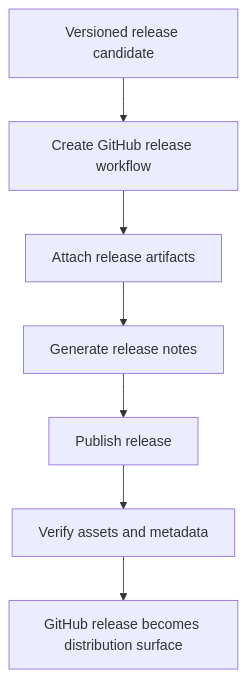
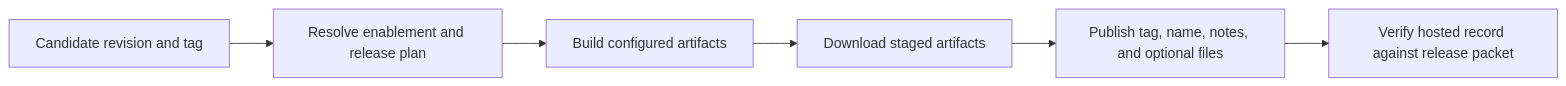
Before and after one commit to bijux/bijux-atlas: the diagram in docs/bijux-atlas-dev/delivery/github-release-workflows.md, drawn with Mermaid. The commit also changed other lines of this file and 2 other files, not shown here.

Commit message:
docs(delivery): align publication claims with workflow evidence

````diff
--- a/docs/bijux-atlas-dev/delivery/github-release-workflows.md
+++ b/docs/bijux-atlas-dev/delivery/github-release-workflows.md
@@ -17,9 +18,8 @@
 ```mermaid
-flowchart TD
-    Candidate[Versioned release candidate] --> Create[Create GitHub release workflow]
-    Create --> Attach[Attach release artifacts]
-    Attach --> Notes[Generate release notes]
-    Notes --> Publish[Publish release]
-    Publish --> Verify[Verify assets and metadata]
-    Verify --> Surface[GitHub release becomes distribution surface]
+flowchart LR
+    Candidate[Candidate revision and tag] --> Resolve[Resolve enablement and release plan]
+    Resolve --> Build[Build configured artifacts]
+    Build --> Stage[Download staged artifacts]
+    Stage --> Publish[Publish tag, name, notes, and optional files]
+    Publish --> Verify[Verify hosted record against release packet]
 ```
````
